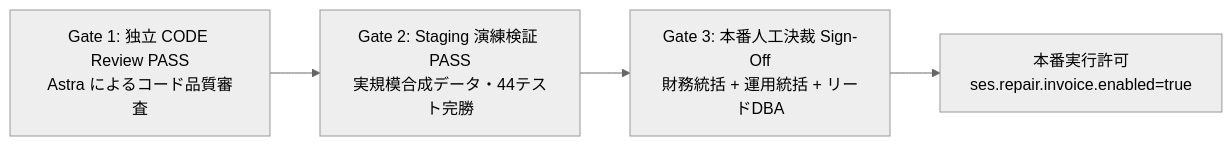
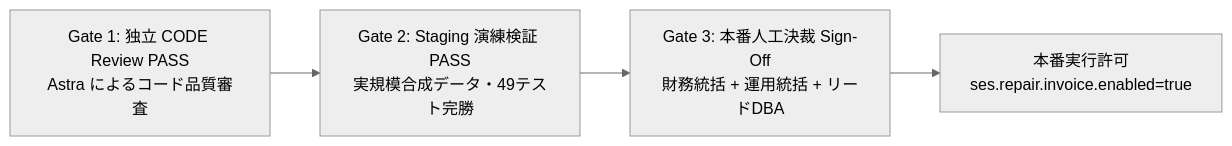
One commit to satoshi2024/ses-manager-pro changed the second of 2 diagrams in .kiro/specs/asset-account-license-lifecycle/v182-repair-executor-boundary-a-plan.md. Above: the diagram before and after it, drawn with Mermaid (neutral theme). The commit also changed other lines of this file and 1 other file, not shown here.

````diff
--- a/.kiro/specs/asset-account-license-lifecycle/v182-repair-executor-boundary-a-plan.md
+++ b/.kiro/specs/asset-account-license-lifecycle/v182-repair-executor-boundary-a-plan.md
@@ -598,6 +651,6 @@
 ```mermaid
 flowchart LR
-    G1[Gate 1: 独立 CODE Review PASS<br/>Astra によるコード品質審査] --> G2[Gate 2: Staging 演練検証 PASS<br/>実規模合成データ・44テスト完勝]
+    G1[Gate 1: 独立 CODE Review PASS<br/>Astra によるコード品質審査] --> G2[Gate 2: Staging 演練検証 PASS<br/>実規模合成データ・49テスト完勝]
     G2 --> G3[Gate 3: 本番人工決裁 Sign-Off<br/>財務統括 + 運用統括 + リードDBA]
     G3 --> ProdEnable[本番実行許可<br/>ses.repair.invoice.enabled=true]
 ```
````
